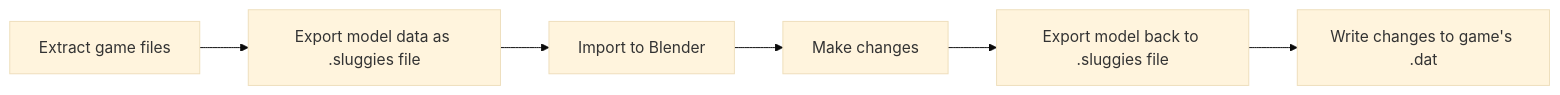
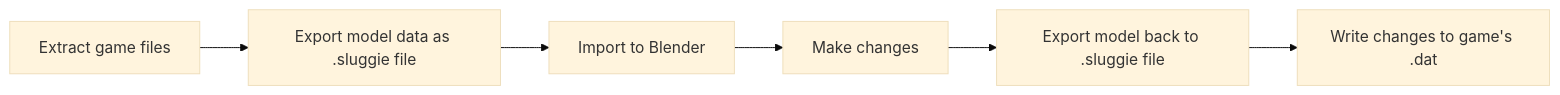
One commit to Jaws-git/Sluggies-dat-tools changed the diagram in README.md. Above: the diagram before and after it, drawn with Mermaid (base theme). The commit also changed other lines of this file, not shown here.

````diff
--- a/README.md
+++ b/README.md
@@ -56,8 +56,8 @@
 ```mermaid
 flowchart LR
-    A[Extract game files] --> B[Export model data as .sluggies file]
+    A[Extract game files] --> B[Export model data as .sluggie file]
     B --> C[Import to Blender]
     C --> D[Make changes]
-    D --> E[Export model back to .sluggies file]
+    D --> E[Export model back to .sluggie file]
     E --> F[Write changes to game's .dat]
 ```
````
